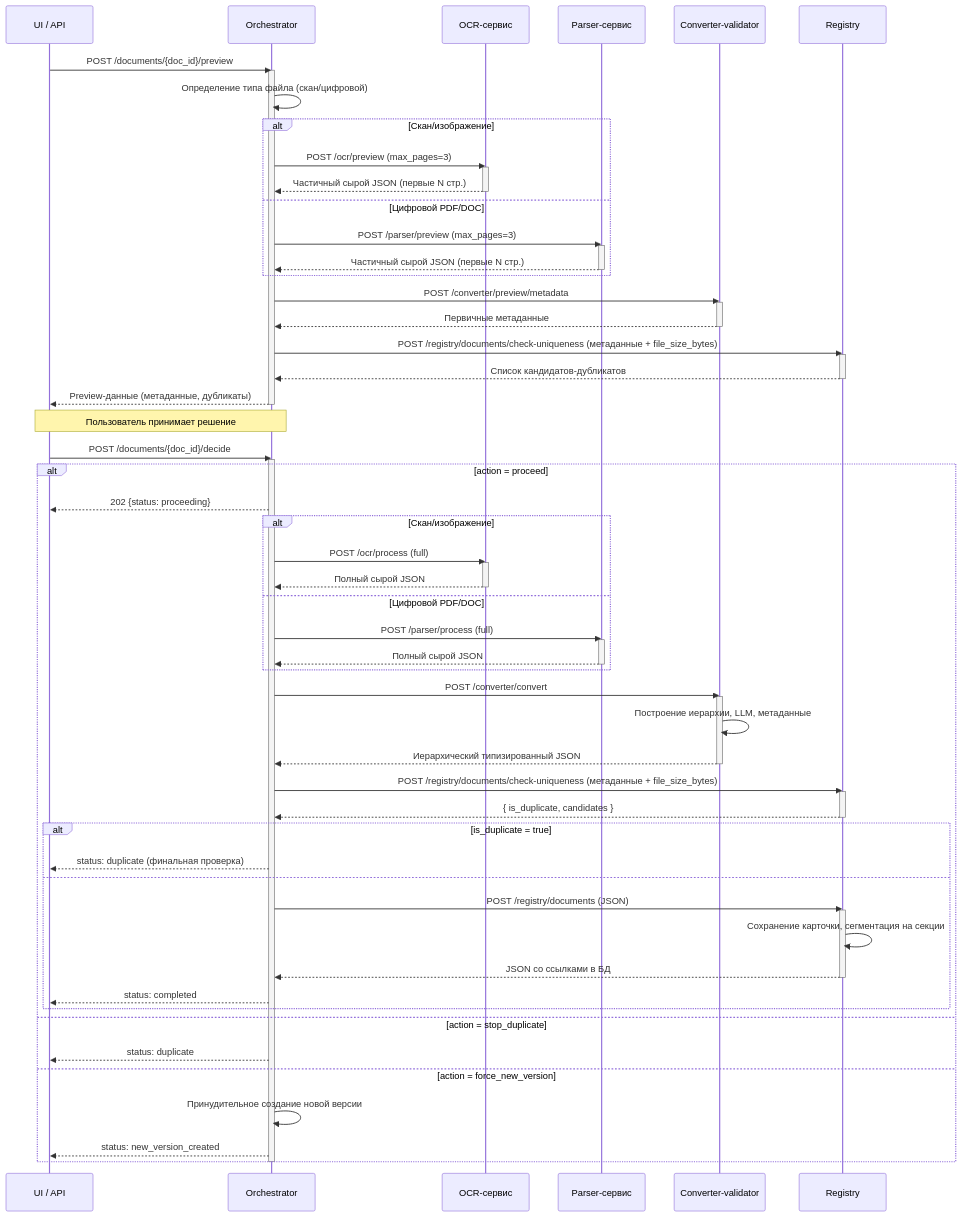
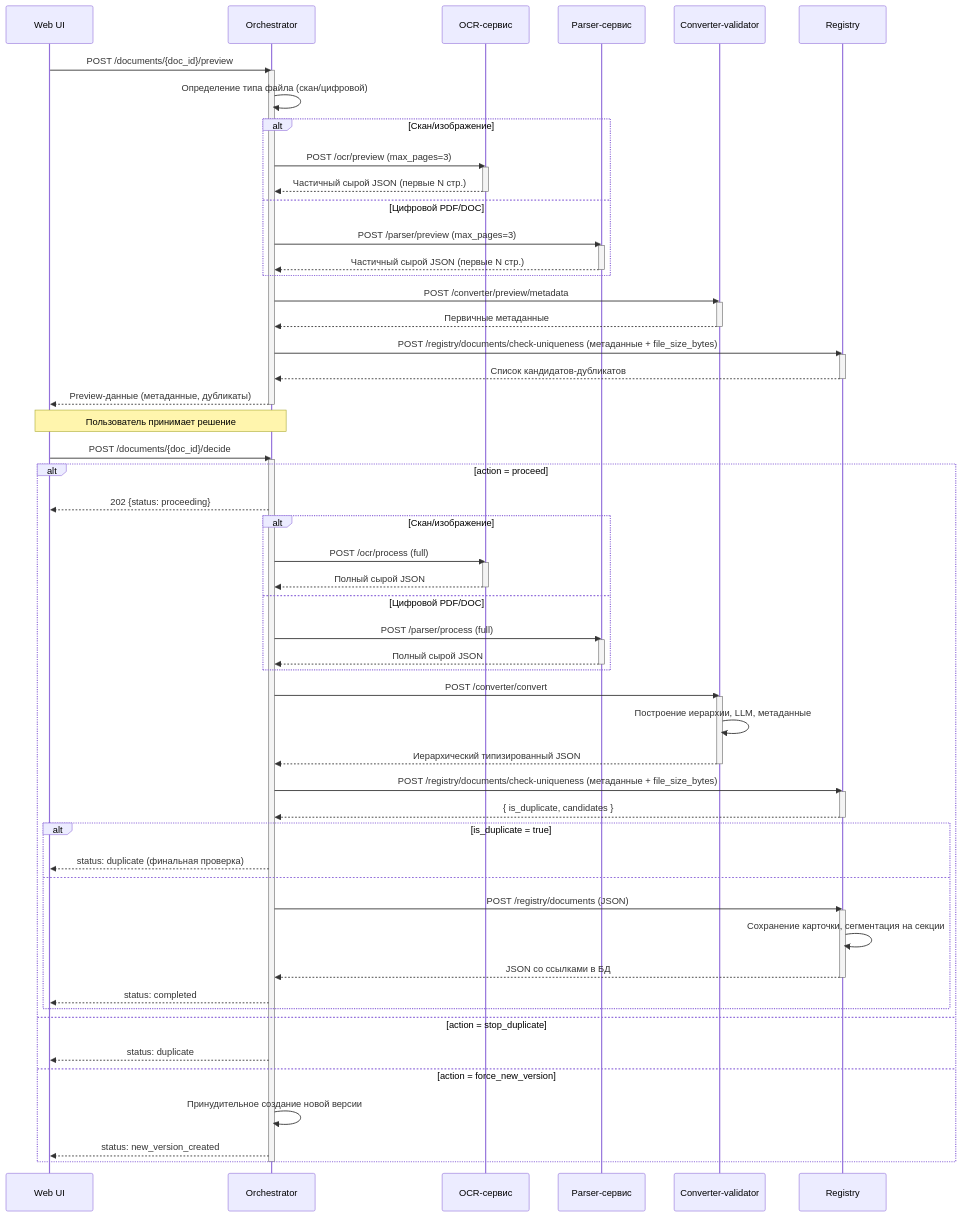
Before and after one commit to MasterKSAF/PKB: the first of 3 diagrams in docs/pipelines/pipeline1-formation.md, drawn with Mermaid. The commit also changed 13 other files, not shown here.

First line of the commit message:
docs: add Gateway Service to documentation, fix architecture references

````diff
--- a/docs/pipelines/pipeline1-formation.md
+++ b/docs/pipelines/pipeline1-formation.md
@@ -6,6 +6,6 @@
 ```mermaid
 sequenceDiagram
-    participant UI as UI / API
+    participant UI as Web UI
     participant Orch as Orchestrator
     participant OCR as OCR-сервис
     participant Pars as Parser-сервис
````
